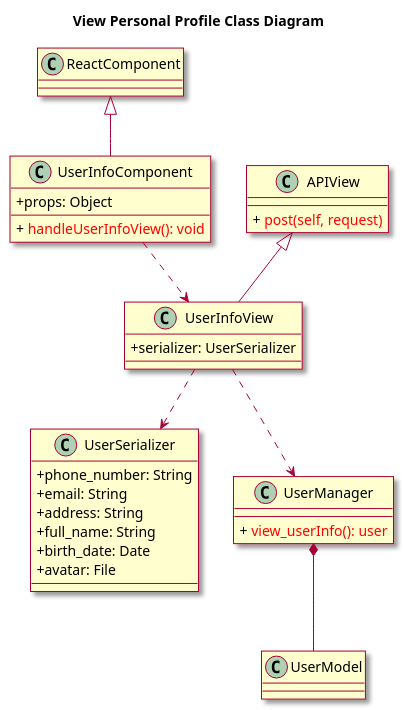
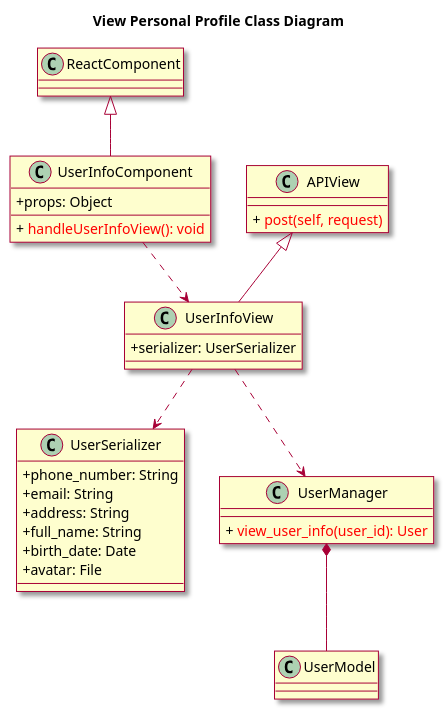
The diagram in uml/012-class-view-personal-profile.wsd (ljttl3q04t/Book-Over-There), drawn with PlantUML before and after one commit. The commit also changed 2 other files, not shown here.

```diff
--- a/uml/012-class-view-personal-profile.wsd
+++ b/uml/012-class-view-personal-profile.wsd
@@ -1,43 +1,43 @@
 @startuml
 skin rose 
 skinparam ClassAttributeIconSize 0
 
 title View Personal Profile Class Diagram 
 
 class ReactComponent
 
 class UserInfoComponent{
     + props: Object 
     + {method} <color:red> handleUserInfoView(): void 
 }
 
 class UserInfoView {
     + serializer: UserSerializer
 }
 
 class APIView {
     + {method} <color:red> post(self, request)
 }
 
 class UserSerializer {
     + phone_number: String 
     + email: String 
     + address: String 
     + full_name: String 
     + birth_date: Date 
     + avatar: File 
 }
 
 class UserManager {
-    + {method}<color:red> view_userInfo(): user
+    + {method}<color:red> view_user_info(user_id): User
 }
 
 class UserModel 
 
 ReactComponent <|-- UserInfoComponent
 APIView <|-- UserInfoView
 UserInfoComponent ..>UserInfoView
 UserInfoView ..> UserSerializer
 UserInfoView ..> UserManager
 UserManager *-- UserModel
 @enduml
```
